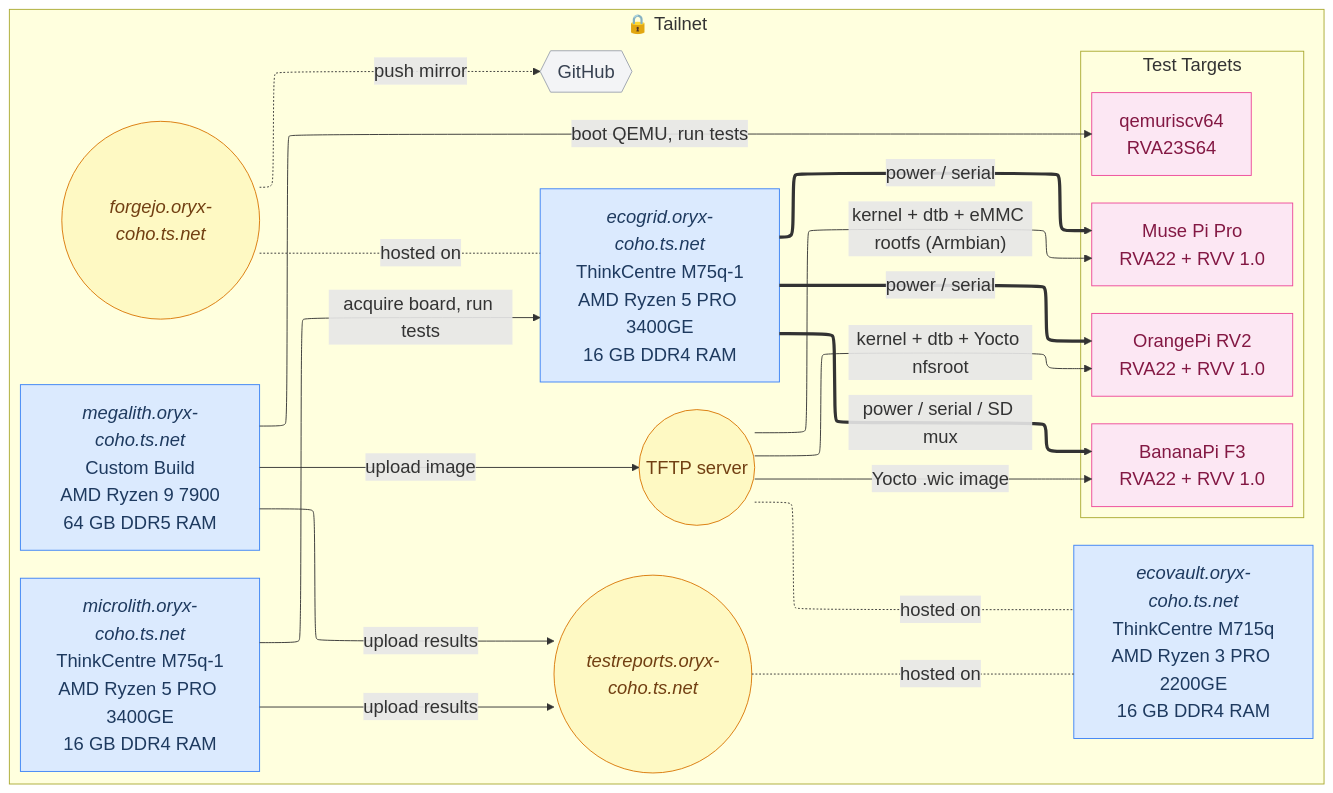
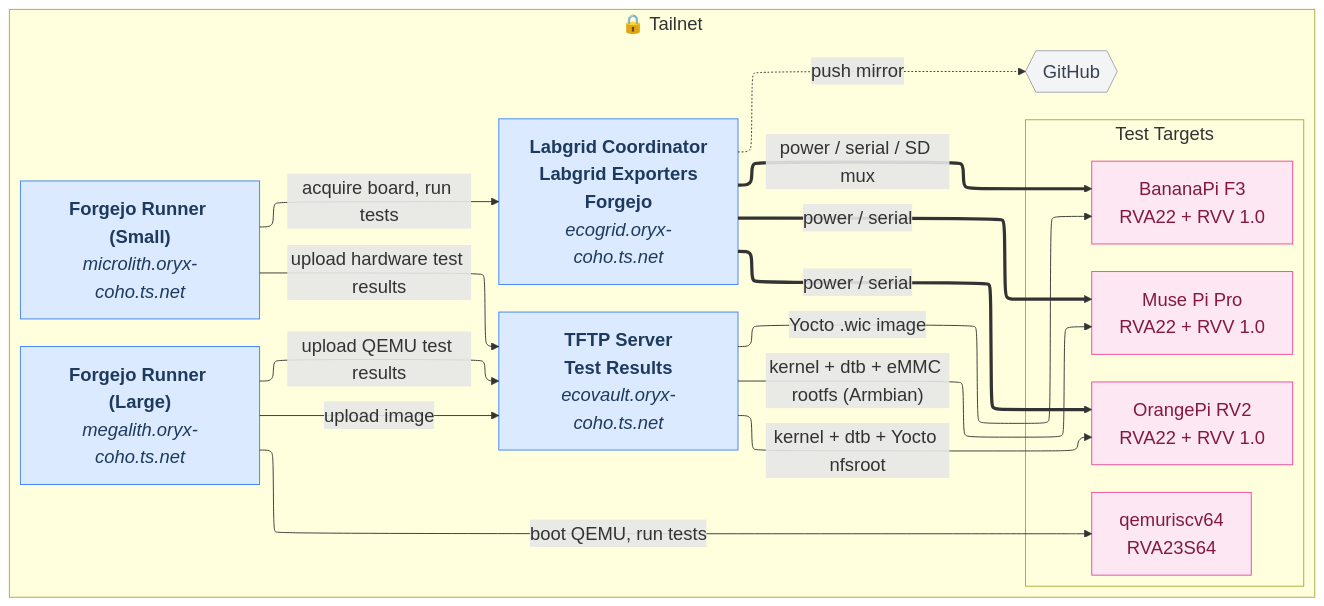
Before and after one commit to threexc/boardgarden: the diagram in docs/network.mmd, drawn with Mermaid. The commit also changed 2 other files, not shown here.

```diff
--- a/docs/network.mmd
+++ b/docs/network.mmd
@@ -1,47 +1,39 @@
 %%{init: {"theme": "default", "flowchart": {"htmlLabels": true, "nodeSpacing": 30, "rankSpacing": 60, "defaultRenderer": "elk"}, "themeVariables": {"fontSize": "20px", "fontFamily": "New Computer Modern"}} }%%flowchart LR
   subgraph tailnet["🔒 Tailnet"]
-    ecogrid["<i>ecogrid.oryx-coho.ts.net</i><br/>ThinkCentre M75q-1<br/>AMD Ryzen 5 PRO 3400GE<br/>16 GB DDR4 RAM"]
-    ecovault["<i>ecovault.oryx-coho.ts.net</i><br/>ThinkCentre M715q<br/>AMD Ryzen 3 PRO 2200GE<br/>16 GB DDR4 RAM"]
-    runner1["<i>megalith.oryx-coho.ts.net</i><br/>Custom Build<br/>AMD Ryzen 9 7900<br/>64 GB DDR5 RAM"]
-    runner2["<i>microlith.oryx-coho.ts.net</i><br/>ThinkCentre M75q-1<br/>AMD Ryzen 5 PRO 3400GE<br/>16 GB DDR4 RAM"]
+    ecogrid["<b>Labgrid Coordinator</b><br/><b>Labgrid Exporters</b><br/><b>Forgejo</b><br/><i>ecogrid.oryx-coho.ts.net</i>"]
+    ecovault["<b>TFTP Server</b><br/><b>Test Results</b><br/><i>ecovault.oryx-coho.ts.net</i>"]
+    runner1["<b>Forgejo Runner (Large)</b><br/><i>megalith.oryx-coho.ts.net</i>"]
+    runner2["<b>Forgejo Runner (Small)</b><br/><i>microlith.oryx-coho.ts.net</i>"]
     github{{"GitHub"}}
-    svc_forgejo(("<i>forgejo.oryx-coho.ts.net</i>"))
-    svc_tftp(("TFTP server"))
-    svc_reports(("<i>testreports.oryx-coho.ts.net</i>"))
     subgraph boards["Test Targets"]
       direction TB
       board_1["BananaPi F3<br/>RVA22 + RVV 1.0"]
       board_2["Muse Pi Pro<br/>RVA22 + RVV 1.0"]
       board_3["OrangePi RV2<br/>RVA22 + RVV 1.0"]
       board_4["qemuriscv64<br/>RVA23S64"]
     end
   end
 
   %% ── Hosted-on relationships ──
-  svc_forgejo -.-|hosted on| ecogrid
-  svc_tftp -.-|hosted on| ecovault
-  svc_reports -.-|hosted on| ecovault
 
   %% ── Links ──
   ecogrid ==>|"power / serial / SD mux"| board_1
   ecogrid ==>|"power / serial"| board_2
   ecogrid ==>|"power / serial"| board_3
-  svc_forgejo -..->|"push mirror"| github
-  runner1 -->|"upload image"| svc_tftp
-  runner1 -->|"upload results"| svc_reports
+  ecogrid -..->|"push mirror"| github
+  runner1 -->|"upload image"| ecovault
+  runner1 -->|"upload QEMU test results"| ecovault
   runner1 -->|"boot QEMU, run tests"| board_4
   runner2 -->|"acquire board, run tests"| ecogrid
-  runner2 -->|"upload results"| svc_reports
-  svc_tftp -->|"Yocto .wic image"| board_1
-  svc_tftp -->|"kernel + dtb + eMMC rootfs (Armbian)"| board_2
-  svc_tftp -->|"kernel + dtb + Yocto nfsroot"| board_3
+  runner2 -->|"upload hardware test results"| ecovault
+  ecovault -->|"Yocto .wic image"| board_1
+  ecovault -->|"kernel + dtb + eMMC rootfs (Armbian)"| board_2
+  ecovault -->|"kernel + dtb + Yocto nfsroot"| board_3
 
   %% ── Styles ──
   classDef machine fill:#dbeafe,stroke:#3b82f6,color:#1e3a5f
   class ecogrid,ecovault,runner1,runner2 machine
   classDef external fill:#f3f4f6,stroke:#9ca3af,color:#374151
   class github external
-  classDef service fill:#fef9c3,stroke:#d97706,color:#713f12
-  class svc_forgejo,svc_tftp,svc_reports service
   classDef board fill:#fce7f3,stroke:#ec4899,color:#831843
   class board_1,board_2,board_3,board_4 board
```
